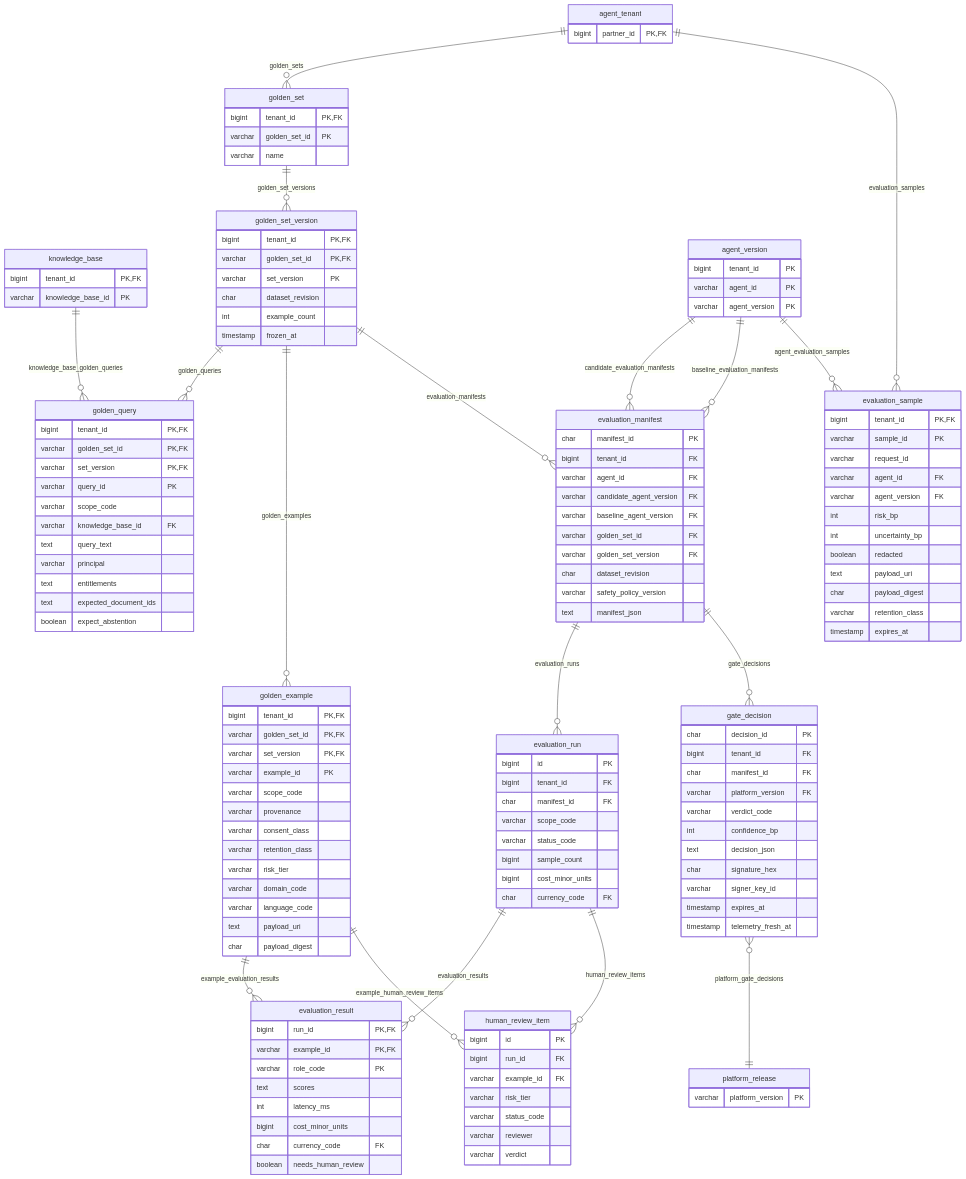
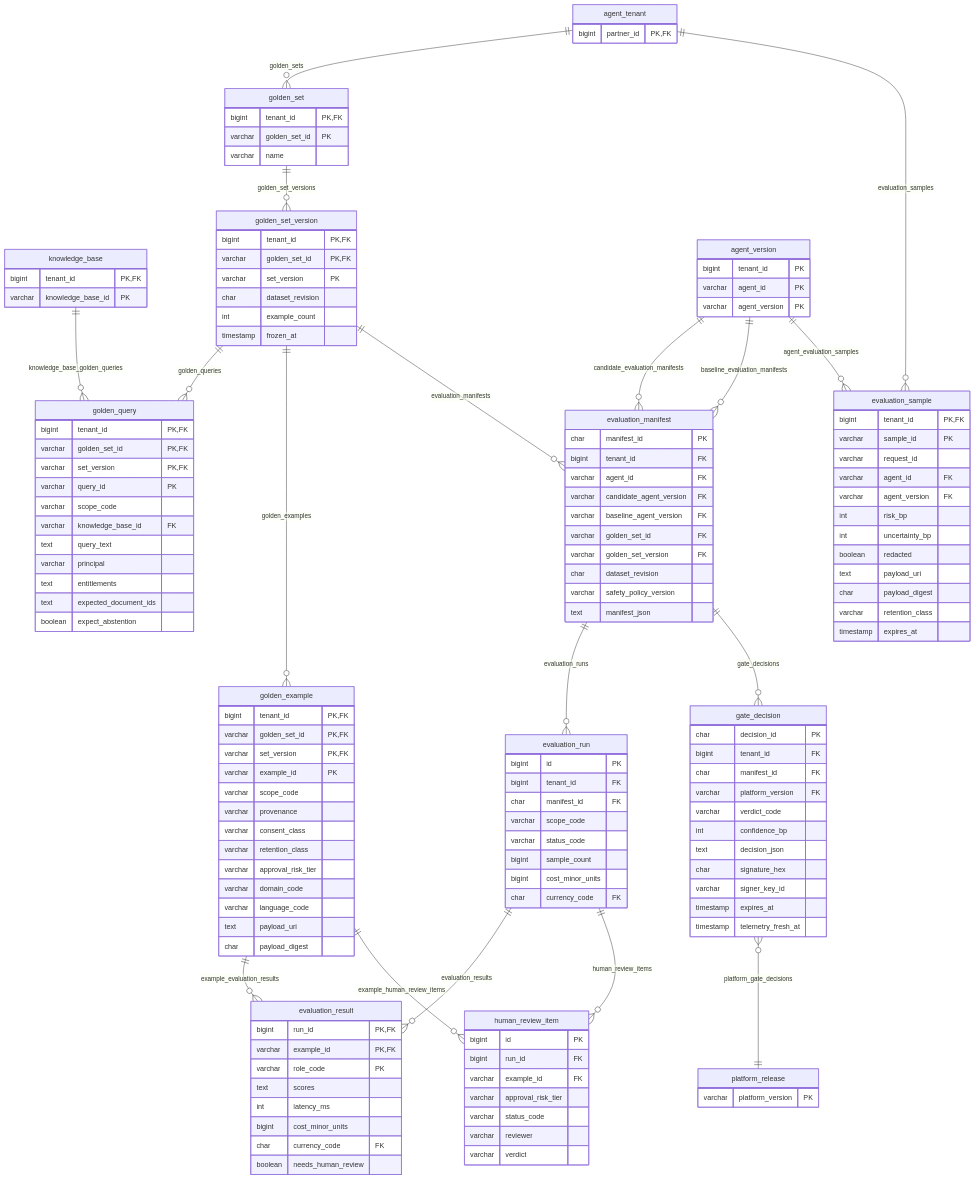
Diagram 16 of 16 in doc/database.md (nauticana/scout), drawn with Mermaid before and after one commit. The commit also changed other lines of this file and 179 other files, not shown here.

```diff
--- a/doc/database.md
+++ b/doc/database.md
@@ -1129,7 +1481,7 @@
         varchar provenance
         varchar consent_class
         varchar retention_class
-        varchar risk_tier
+        varchar approval_risk_tier
         varchar domain_code
         varchar language_code
         text payload_uri
@@ -1197,7 +1549,7 @@
         bigint id PK
         bigint run_id FK
         varchar example_id FK
-        varchar risk_tier
+        varchar approval_risk_tier
         varchar status_code
         varchar reviewer
         varchar verdict
```
